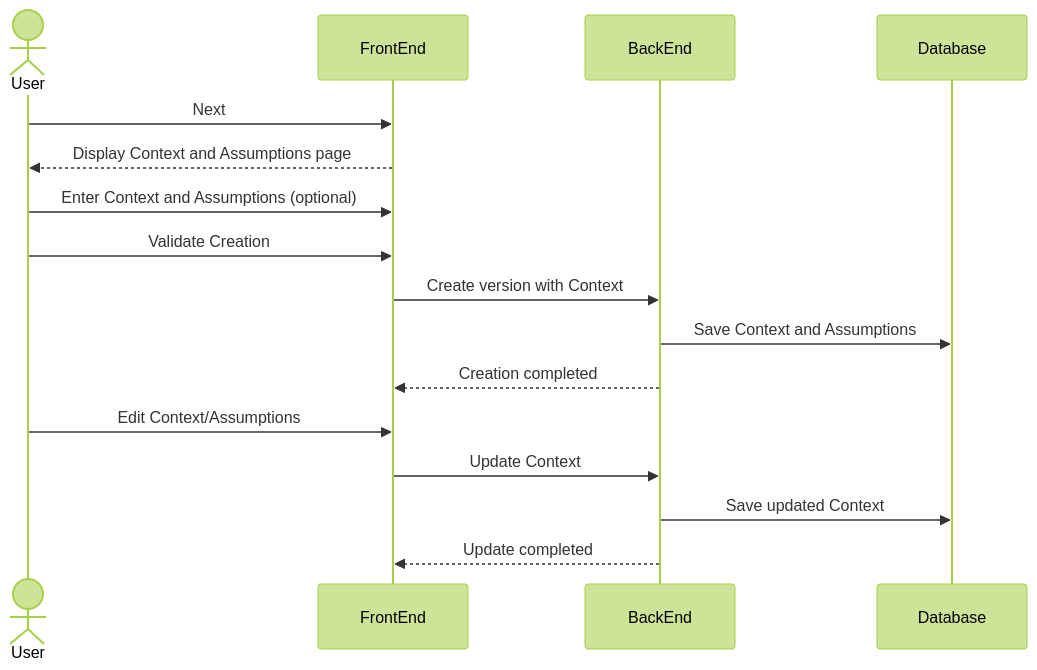
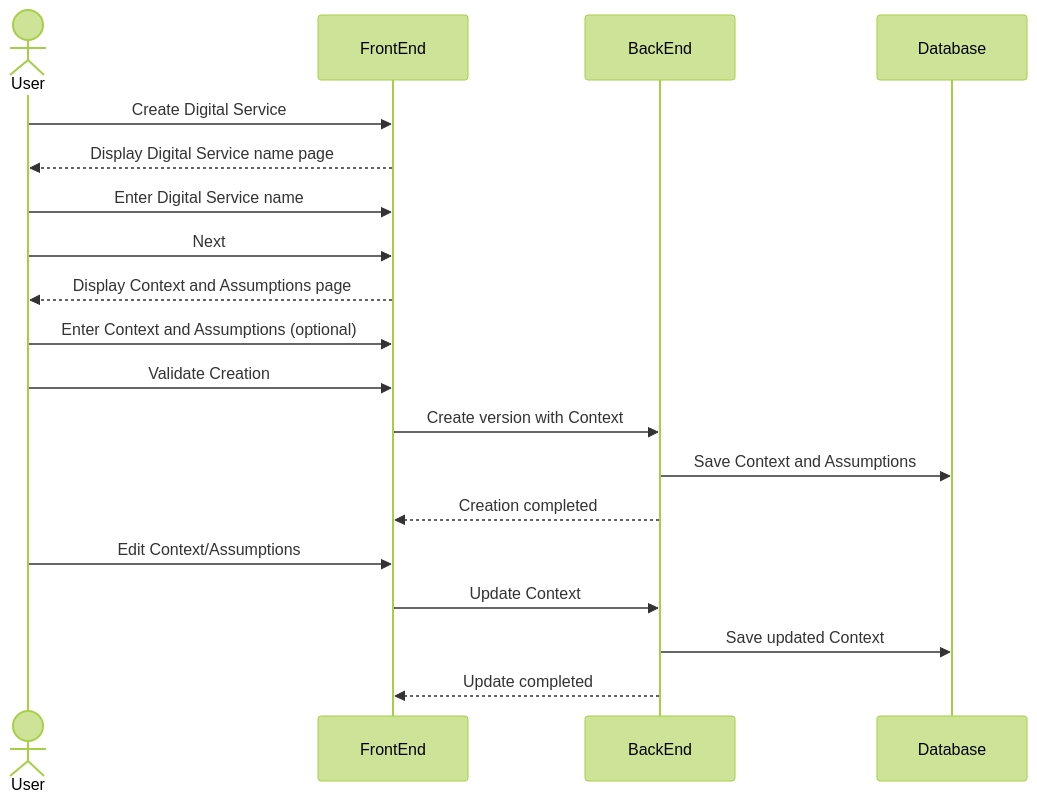
One commit to teamg4it/g4it changed the second of 2 diagrams in services/documentation/content/2-functional-documentation/use_cases/uc_digital_services/uc13_context_assumptions.md. Above: the diagram before and after it, drawn with Mermaid (forest theme). The commit also changed other lines of this file and 1 other file, not shown here.

```diff
--- a/services/documentation/content/2-functional-documentation/use_cases/uc_digital_services/uc13_context_assumptions.md
+++ b/services/documentation/content/2-functional-documentation/use_cases/uc_digital_services/uc13_context_assumptions.md
@@ -70,20 +74,23 @@
 {{< mermaid >}}
 sequenceDiagram
 actor User
 participant FrontEnd
 participant BackEnd
 participant Database
 
+User->>FrontEnd: Create Digital Service
+FrontEnd-->>User: Display Digital Service name page
+User->>FrontEnd: Enter Digital Service name
 User->>FrontEnd: Next
 FrontEnd-->>User: Display Context and Assumptions page
 User->>FrontEnd: Enter Context and Assumptions (optional)
 User->>FrontEnd: Validate Creation
 FrontEnd->>BackEnd: Create version with Context
 BackEnd->>Database: Save Context and Assumptions
 BackEnd-->>FrontEnd: Creation completed
 
 User->>FrontEnd: Edit Context/Assumptions
 FrontEnd->>BackEnd: Update Context
 BackEnd->>Database: Save updated Context
 BackEnd-->>FrontEnd: Update completed
 {{< /mermaid >}}
```
